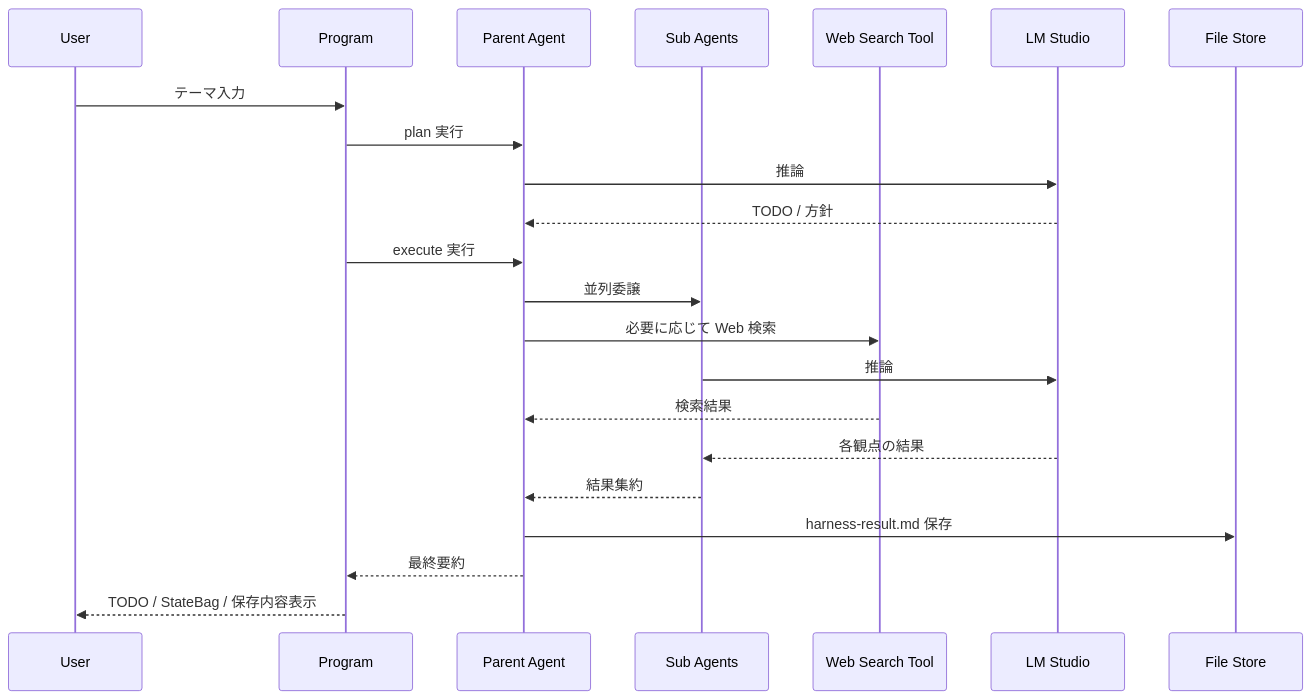
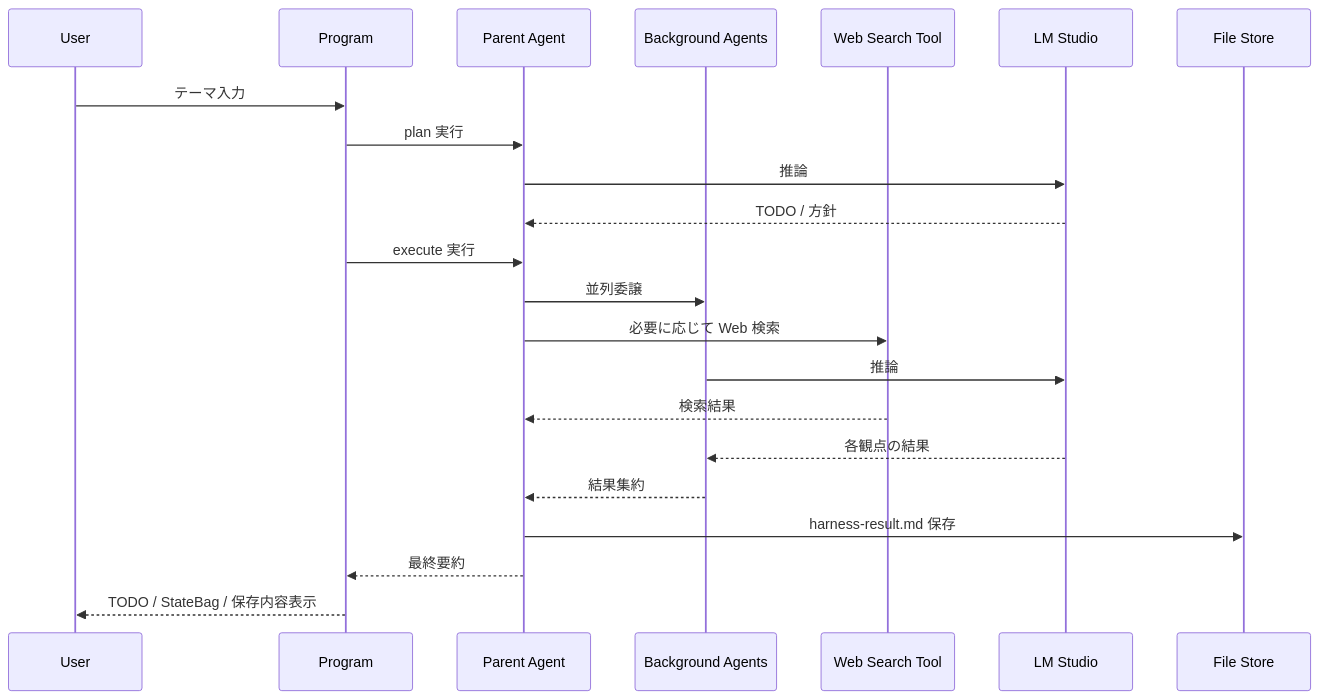
Before and after one commit to yy7613/HarnessSample: the diagram in README.md, drawn with Mermaid. The commit also changed other lines of this file and 7 other files, not shown here.

````diff
--- a/README.md
+++ b/README.md
@@ -142,25 +142,25 @@
 ```mermaid
 sequenceDiagram
     participant User
     participant Program
     participant Parent as Parent Agent
-    participant Subs as Sub Agents
+    participant Bg as Background Agents
     participant Search as Web Search Tool
     participant LM as LM Studio
     participant Store as File Store
 
     User->>Program: テーマ入力
     Program->>Parent: plan 実行
     Parent->>LM: 推論
     LM-->>Parent: TODO / 方針
     Program->>Parent: execute 実行
-    Parent->>Subs: 並列委譲
+    Parent->>Bg: 並列委譲
     Parent->>Search: 必要に応じて Web 検索
-    Subs->>LM: 推論
+    Bg->>LM: 推論
     Search-->>Parent: 検索結果
-    LM-->>Subs: 各観点の結果
-    Subs-->>Parent: 結果集約
+    LM-->>Bg: 各観点の結果
+    Bg-->>Parent: 結果集約
     Parent->>Store: harness-result.md 保存
     Parent-->>Program: 最終要約
     Program-->>User: TODO / StateBag / 保存内容表示
 ```
````
